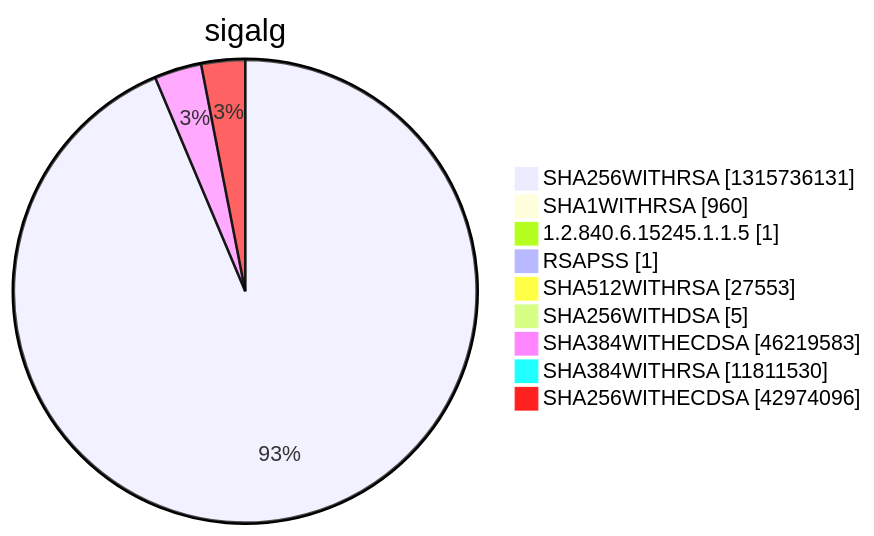
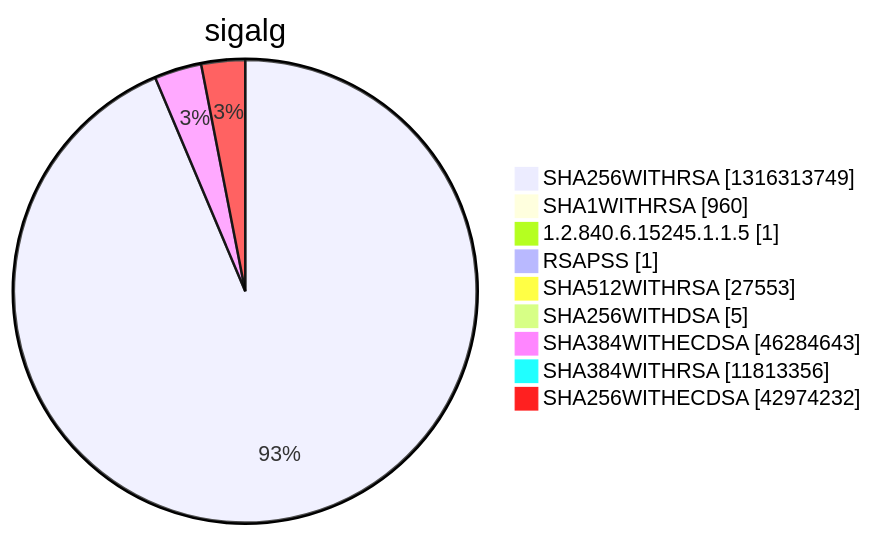
One commit to christiankrug/ctmonitor_visualization changed diagram 15 of 15 in argon2022/README.md. Above: the diagram before and after it, drawn with Mermaid. The commit also changed other lines of this file, not shown here.

````diff
--- a/argon2022/README.md
+++ b/argon2022/README.md
@@ -5524,13 +5524,13 @@
 ```mermaid
 pie showData
 title sigalg
-"SHA256WITHRSA" :1315736131
+"SHA256WITHRSA" :1316313749
 "SHA1WITHRSA" :960
 "1.2.840.6.15245.1.1.5" :1
 "RSAPSS" :1
 "SHA512WITHRSA" :27553
 "SHA256WITHDSA" :5
-"SHA384WITHECDSA" :46219583
-"SHA384WITHRSA" :11811530
-"SHA256WITHECDSA" :42974096
+"SHA384WITHECDSA" :46284643
+"SHA384WITHRSA" :11813356
+"SHA256WITHECDSA" :42974232
 ```
````
